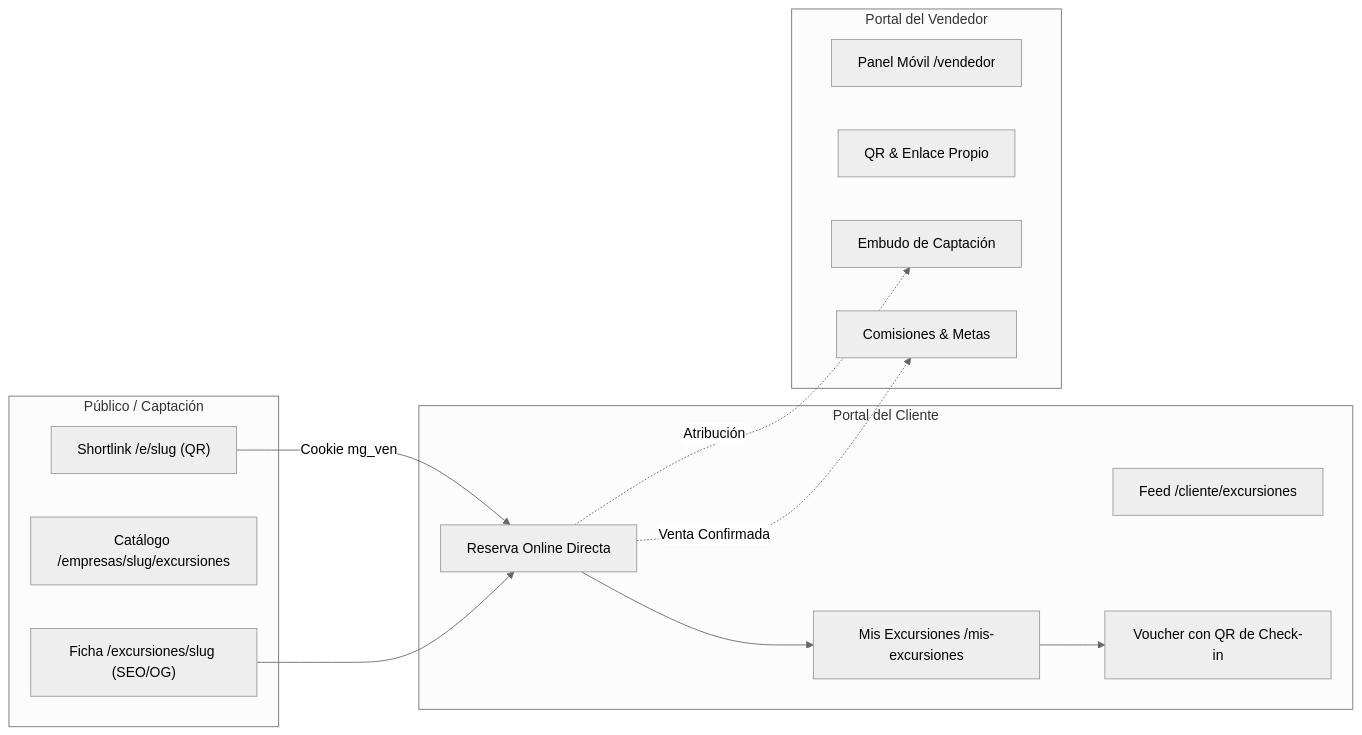
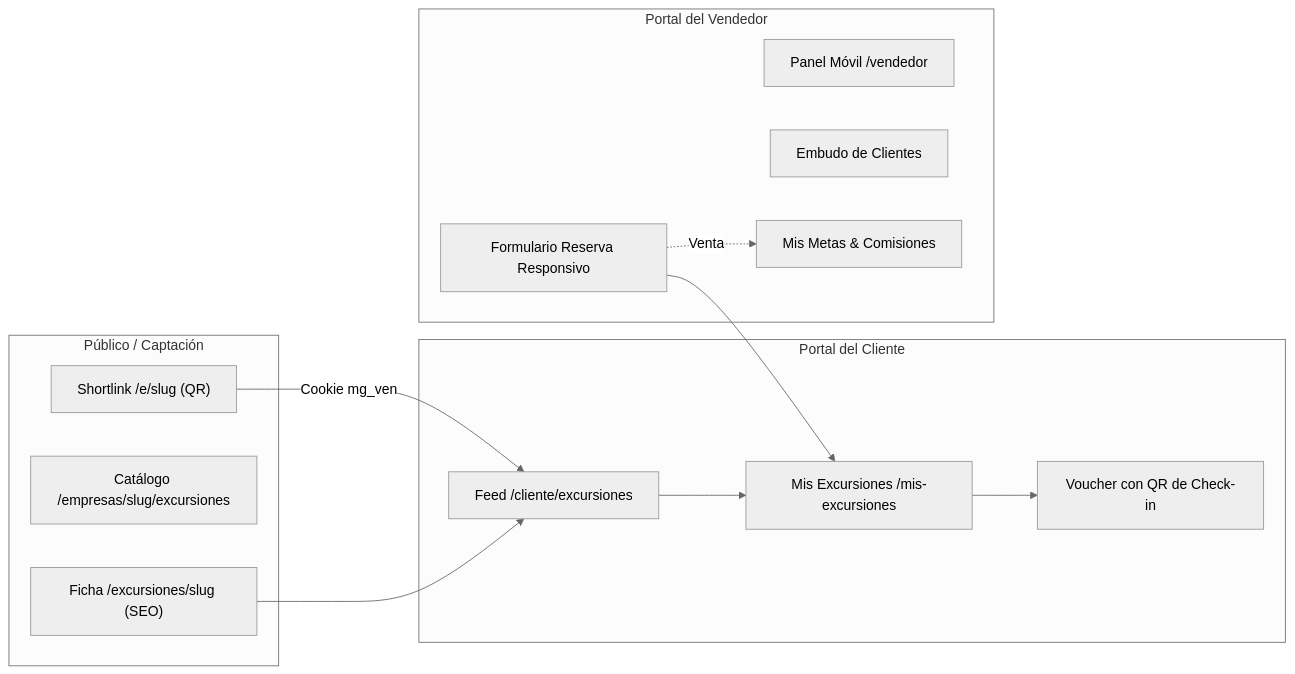
One commit to starlinpaulino94-cloud/MEMBEGO changed the fourth of 4 diagrams in docs/EXCURSIONES.md. Above: the diagram before and after it, drawn with Mermaid (neutral theme). The commit also changed other lines of this file and 1 other file, not shown here.

Commit message:
docs(excursiones): update technical documentation and remove playwright guide

````diff
--- a/docs/EXCURSIONES.md
+++ b/docs/EXCURSIONES.md
@@ -215,29 +172,28 @@
 ```mermaid
 graph LR
     subgraph Publico [Público / Captación]
         P1["Shortlink /e/slug (QR)"]
         P2["Catálogo /empresas/slug/excursiones"]
-        P3["Ficha /excursiones/slug (SEO/OG)"]
+        P3["Ficha /excursiones/slug (SEO)"]
     end
 
     subgraph Cliente [Portal del Cliente]
         C1["Feed /cliente/excursiones"]
-        C2["Reserva Online Directa"]
-        C3["Mis Excursiones /mis-excursiones"]
-        C4["Voucher con QR de Check-in"]
+        C2["Mis Excursiones /mis-excursiones"]
+        C3["Voucher con QR de Check-in"]
     end
 
     subgraph Vendedor [Portal del Vendedor]
         V1["Panel Móvil /vendedor"]
-        V2["QR & Enlace Propio"]
-        V3["Embudo de Captación"]
-        V4["Comisiones & Metas"]
+        V2["Formulario Reserva Responsivo"]
+        V3["Embudo de Clientes"]
+        V4["Mis Metas & Comisiones"]
     end
 
-    P1 -->|Cookie mg_ven| C2
-    P3 --> C2
+    P1 -->|Cookie mg_ven| C1
+    P3 --> C1
+    C1 --> C2
     C2 --> C3
-    C3 --> C4
-    C2 -.->|Atribución| V3
-    C2 -.->|Venta Confirmada| V4
+    V2 --> C2
+    V2 -.->|Venta| V4
 ```
````
